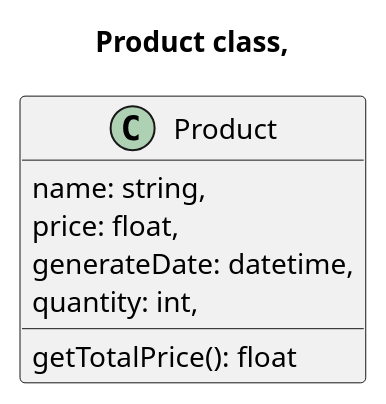
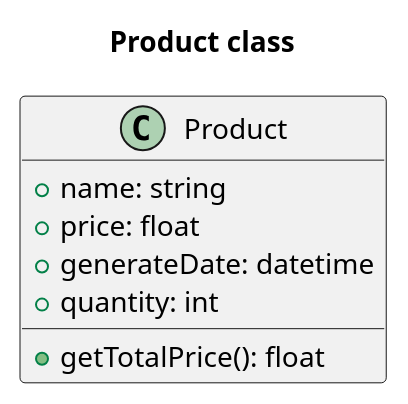
Before and after one commit to 55selcukozdemir/Dersler: the diagram in OOP/app1/Product.wsd, drawn with PlantUML. The commit also changed 3 other files, not shown here.

```diff
--- a/OOP/app1/Product.wsd
+++ b/OOP/app1/Product.wsd
@@ -1,14 +1,14 @@
 @startuml
 
-title Product class,
+title Product class
 
 class Product {
-    name: string,
-    price: float,
-    generateDate: datetime,
-    quantity: int,
-    getTotalPrice(): float
+    +name: string
+    +price: float
+    +generateDate: datetime
+    +quantity: int
+    +getTotalPrice(): float
 }
 
 hide empty members
 @enduml
```
